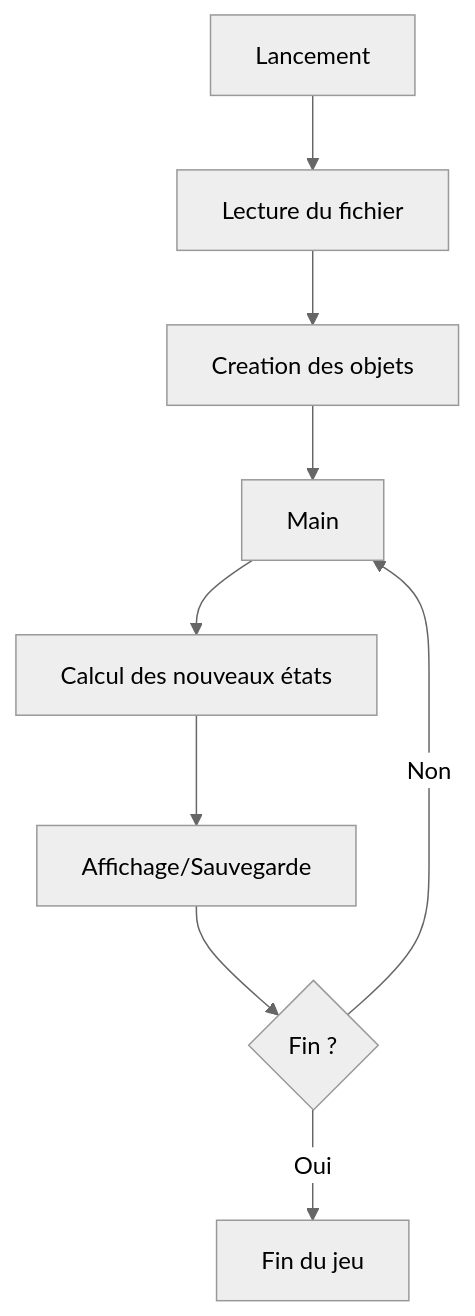
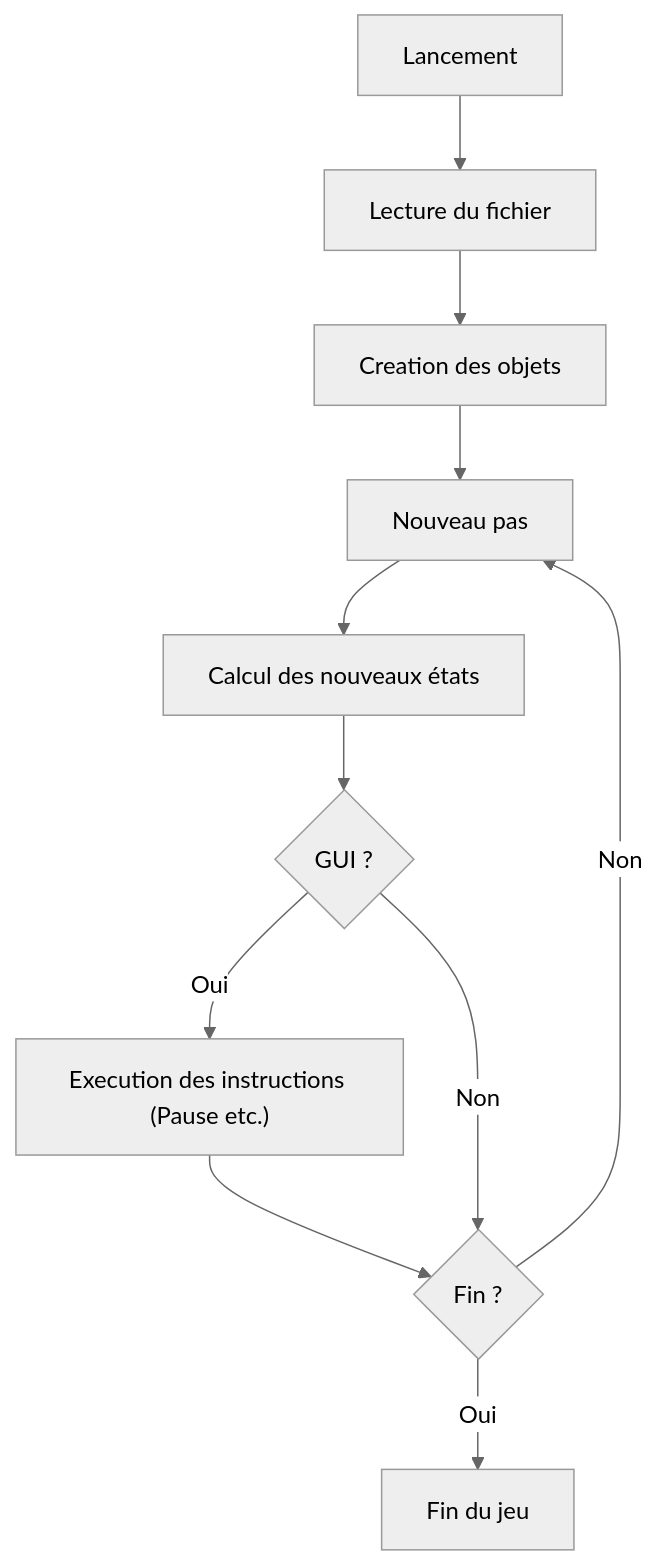
One commit to Vecta6/CESI-Projet-POO-25-26 changed the diagram in diagrams/activity_diagram.md. Above: the diagram before and after it, drawn with Mermaid (neutral theme).

Commit message:
Maj diagramme activite

````diff
--- a/diagrams/activity_diagram.md
+++ b/diagrams/activity_diagram.md
@@ -1,13 +1,15 @@
 ```mermaid
 
 flowchart TD
     A[Lancement] --> B[Lecture du fichier]
-    B --> C["Creation des objets"]
-    C --> D[Main]
+    B --> C[Creation des objets]
+    C --> D[Nouveau pas]
     D --> E[Calcul des nouveaux états]
-    E --> F[Affichage/Sauvegarde]
-    F --> G{Fin ?}
+    E --> F{GUI ?}
+    F -- Oui --> I["Execution des instructions (Pause etc.)"]
+    I --> G{Fin ?}
+    F -- Non --> G
     G -- Oui --> H[Fin du jeu]
     G -- Non --> D
 
-```
+``` 
````
